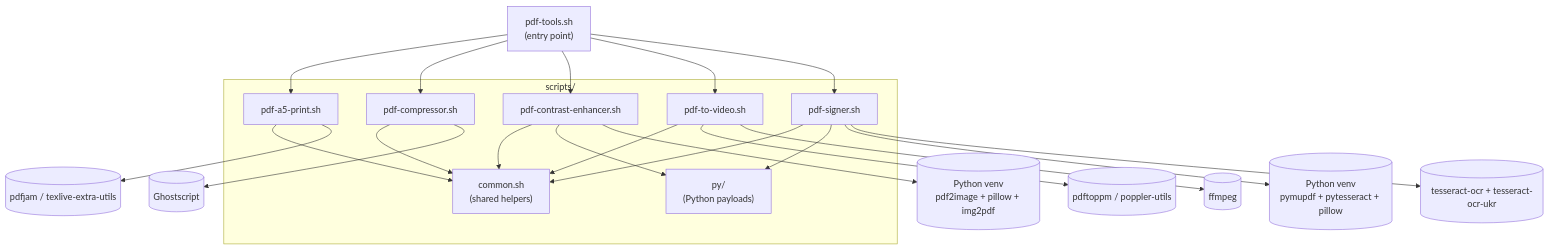
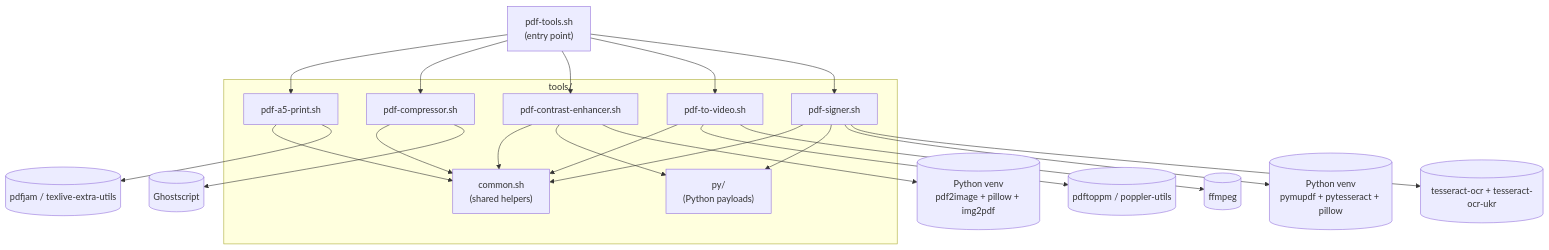
The diagram in README.md (oleksiisedun/pdf-tools), drawn with Mermaid before and after one commit. The commit also changed other lines of this file and 14 other files, not shown here.

First line of the commit message:
Rename scripts/ to tools/

````diff
--- a/README.md
+++ b/README.md
@@ -34,36 +34,36 @@
 ```mermaid
 graph TD
   Menu["pdf-tools.sh\n(entry point)"]
 
-  subgraph Scripts["scripts/"]
+  subgraph Tools["tools/"]
     Common["common.sh\n(shared helpers)"]
   Py["py/\n(Python payloads)"]
     A5["pdf-a5-print.sh"]
     Compressor["pdf-compressor.sh"]
     Contrast["pdf-contrast-enhancer.sh"]
     ToVideo["pdf-to-video.sh"]
     Signer["pdf-signer.sh"]
   end
 
   Menu --> A5
   Menu --> Compressor
   Menu --> Contrast
   Menu --> ToVideo
   Menu --> Signer
 
   A5 --> Common
   Compressor --> Common
   Contrast --> Common
   ToVideo --> Common
   Signer --> Common
 
   A5 --> Pdfjam[("pdfjam / texlive-extra-utils")]
   Compressor --> Ghostscript[("Ghostscript")]
   Contrast --> Py
   Signer --> Py
   Contrast --> Venv[("Python venv\npdf2image + pillow + img2pdf")]
   ToVideo --> Pdftoppm[("pdftoppm / poppler-utils")]
   ToVideo --> Ffmpeg[("ffmpeg")]
   Signer --> SignerVenv[("Python venv\npymupdf + pytesseract + pillow")]
   Signer --> Tesseract[("tesseract-ocr + tesseract-ocr-ukr")]
 ```
````
